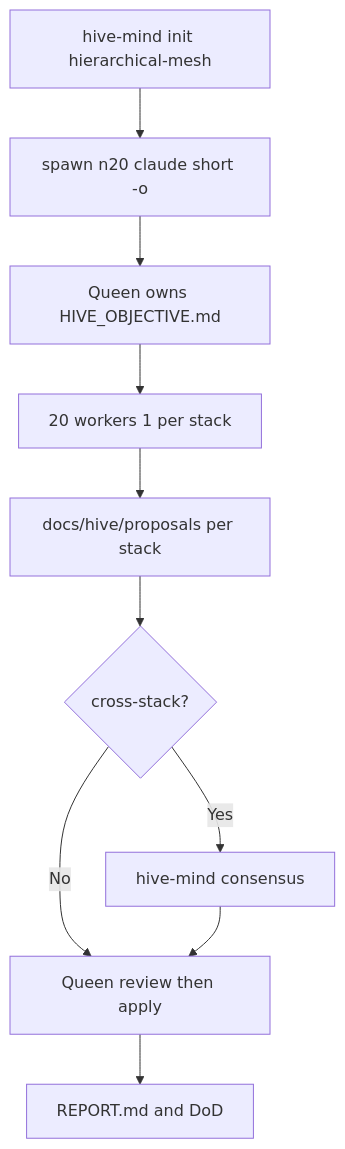
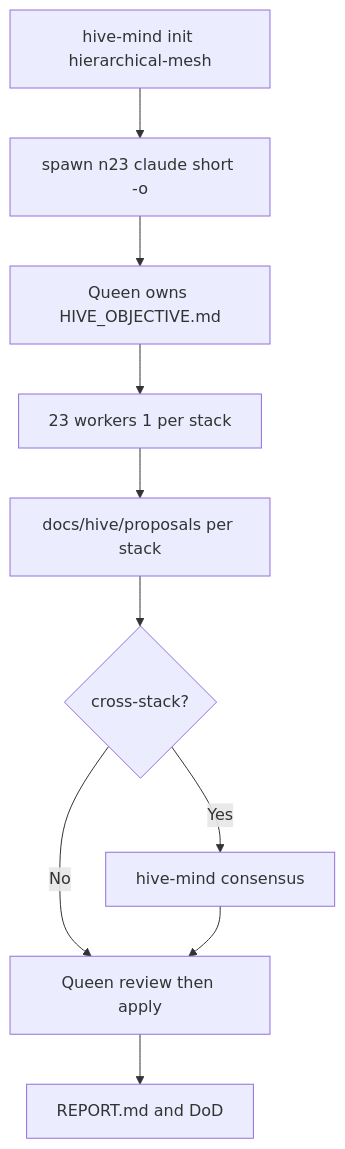
Before and after one commit to ofayese/dockge-ots: the diagram in HIVE_OBJECTIVE.md, drawn with Mermaid. The commit also changed other lines of this file and 4 other files, not shown here.

````diff
--- a/HIVE_OBJECTIVE.md
+++ b/HIVE_OBJECTIVE.md
@@ -136,12 +136,12 @@
 ```mermaid
 flowchart TD
-  Init[hive-mind init hierarchical-mesh] --> Spawn[spawn n20 claude short -o]
+  Init[hive-mind init hierarchical-mesh] --> Spawn[spawn n23 claude short -o]
   Spawn --> Queen[Queen owns HIVE_OBJECTIVE.md]
-  Queen --> Fan[20 workers 1 per stack]
+  Queen --> Fan[23 workers 1 per stack]
   Fan --> P[docs/hive/proposals per stack]
   P --> X{cross-stack?}
   X -->|No| Apply[Queen review then apply]
   X -->|Yes| Cons[hive-mind consensus]
   Cons --> Apply
   Apply --> Close[REPORT.md and DoD]
 ```
````
